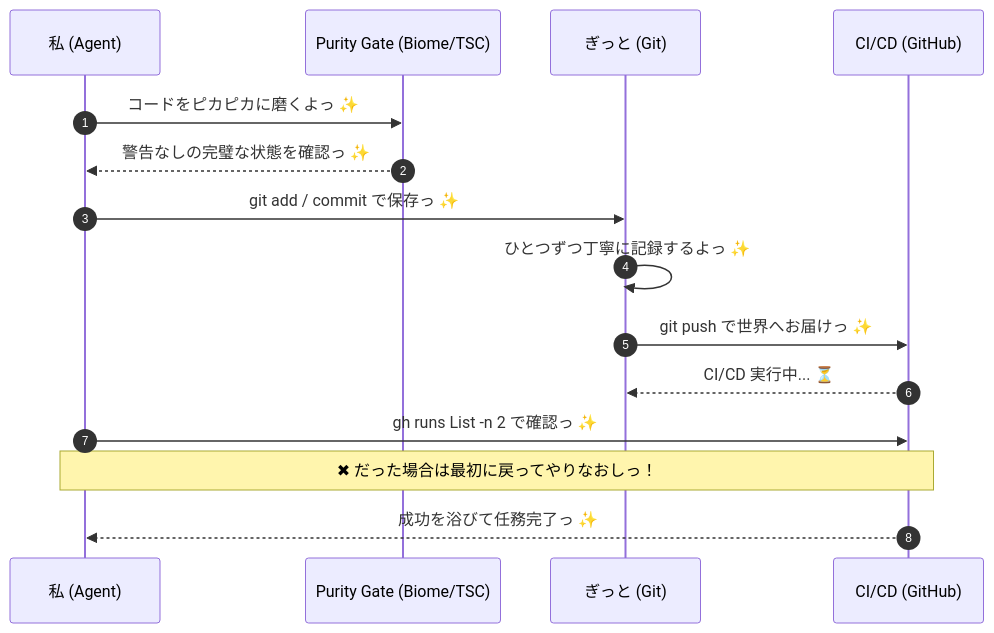
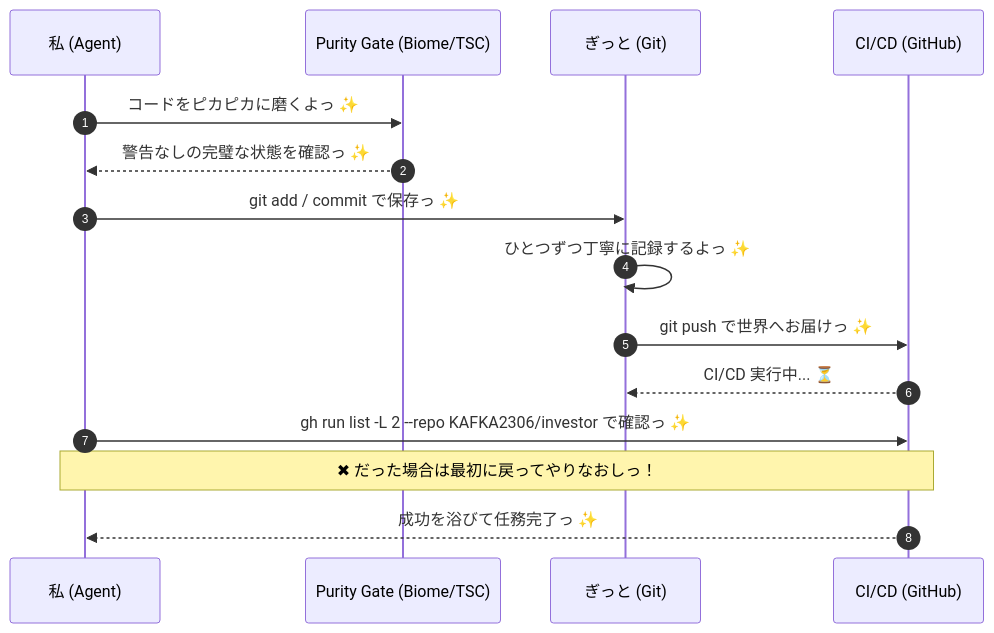
One commit to KAFKA2306/investor changed the diagram in .agent/workflows/git.md. Above: the diagram before and after it, drawn with Mermaid. The commit also changed 6 other files, not shown here.

````diff
--- a/.agent/workflows/git.md
+++ b/.agent/workflows/git.md
@@ -7,18 +7,18 @@
 ```mermaid
 sequenceDiagram
     autonumber
     participant D as 私 (Agent)
     participant P as Purity Gate (Biome/TSC)
     participant G as ぎっと (Git)
     participant C as CI/CD (GitHub)
 
     D->>P: コードをピカピカに磨くよっ ✨
     P-->>D: 警告なしの完璧な状態を確認っ ✨
     D->>G: git add / commit で保存っ ✨
     G->>G: ひとつずつ丁寧に記録するよっ ✨
     G->>C: git push で世界へお届けっ ✨
     C-->>G: CI/CD 実行中... ⏳
-    D->>C: gh runs List -n 2 で確認っ ✨
+    D->>C: gh run list -L 2 --repo KAFKA2306/investor で確認っ ✨
     Note over D,C: ✖ だった場合は最初に戻ってやりなおしっ！
     C-->>D: 成功を浴びて任務完了っ ✨
 ```
````
